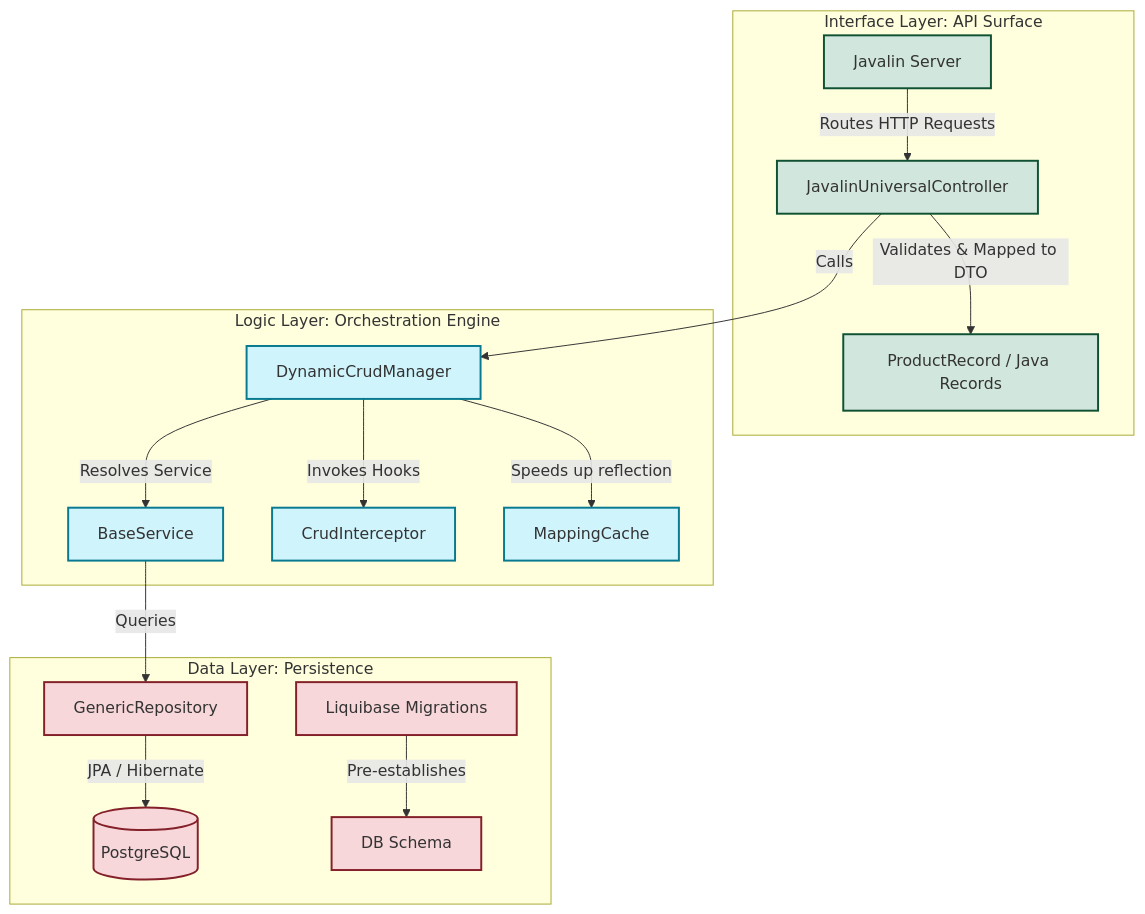
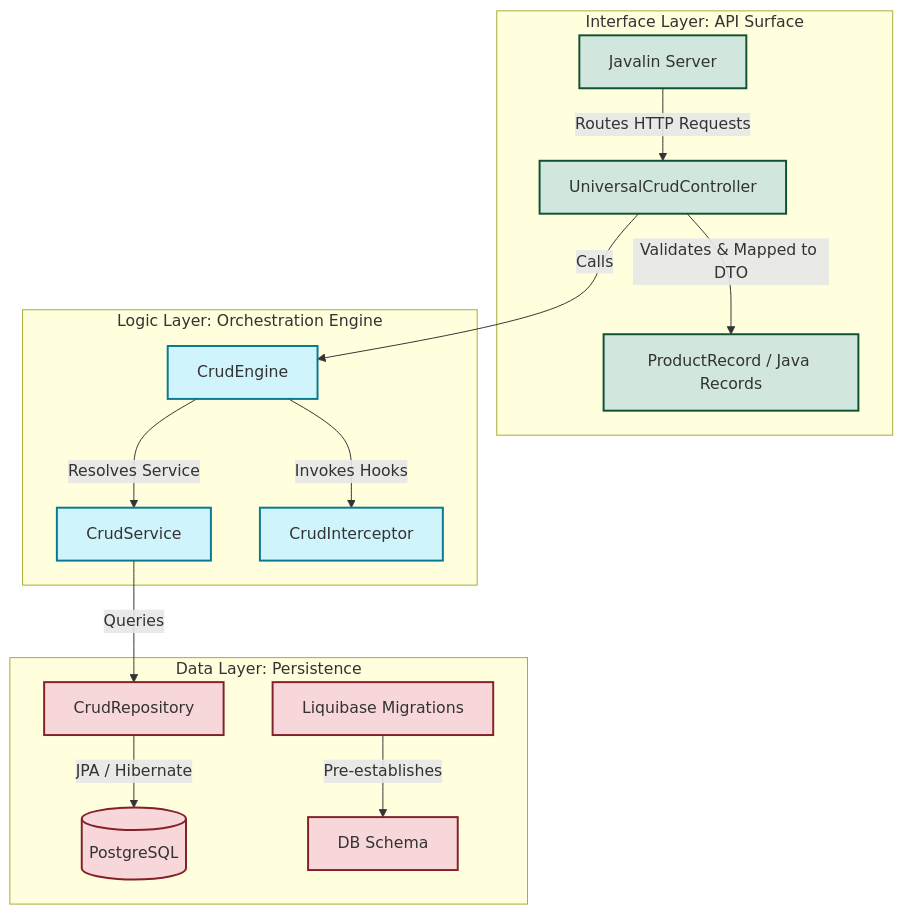
Before and after one commit to 7-3-N-3-7/CRUD-Engine-API: the diagram in README.md, drawn with Mermaid. The commit also changed other lines of this file and 13 other files, not shown here.

````diff
--- a/README.md
+++ b/README.md
@@ -25,27 +25,26 @@
 ```mermaid
 graph TD
     subgraph Interface Layer [Interface Layer: API Surface]
-        Javalin[Javalin Server] -->|Routes HTTP Requests| Controller[JavalinUniversalController]
+        Javalin[Javalin Server] -->|Routes HTTP Requests| Controller[UniversalCrudController]
         Controller -->|Validates & Mapped to DTO| DTO[ProductRecord / Java Records]
     end
 
     subgraph Logic Layer [Logic Layer: Orchestration Engine]
-        Controller -->|Calls| DynamicCrudManager[DynamicCrudManager]
-        DynamicCrudManager -->|Resolves Service| Service[BaseService]
-        DynamicCrudManager -->|Invokes Hooks| Interceptor[CrudInterceptor]
-        DynamicCrudManager -->|Speeds up reflection| ReflectionCache[MappingCache]
+        Controller -->|Calls| CrudEngine[CrudEngine]
+        CrudEngine -->|Resolves Service| Service[CrudService]
+        CrudEngine -->|Invokes Hooks| Interceptor[CrudInterceptor]
     end
 
     subgraph Data Layer [Data Layer: Persistence]
-        Service -->|Queries| Repository[GenericRepository]
+        Service -->|Queries| Repository[CrudRepository]
         Repository -->|JPA / Hibernate| DB[(PostgreSQL)]
         Liquibase[Liquibase Migrations] -->|Pre-establishes| Schema[DB Schema]
     end
 
     classDef interface fill:#d1e7dd,stroke:#0f5132,stroke-width:2px;
     classDef logic fill:#cff4fc,stroke:#087990,stroke-width:2px;
     classDef data fill:#f8d7da,stroke:#842029,stroke-width:2px;
     class Javalin,Controller,DTO interface;
-    class DynamicCrudManager,Service,Interceptor,ReflectionCache logic;
+    class CrudEngine,Service,Interceptor logic;
     class Repository,DB,Liquibase,Schema data;
 ```
````
